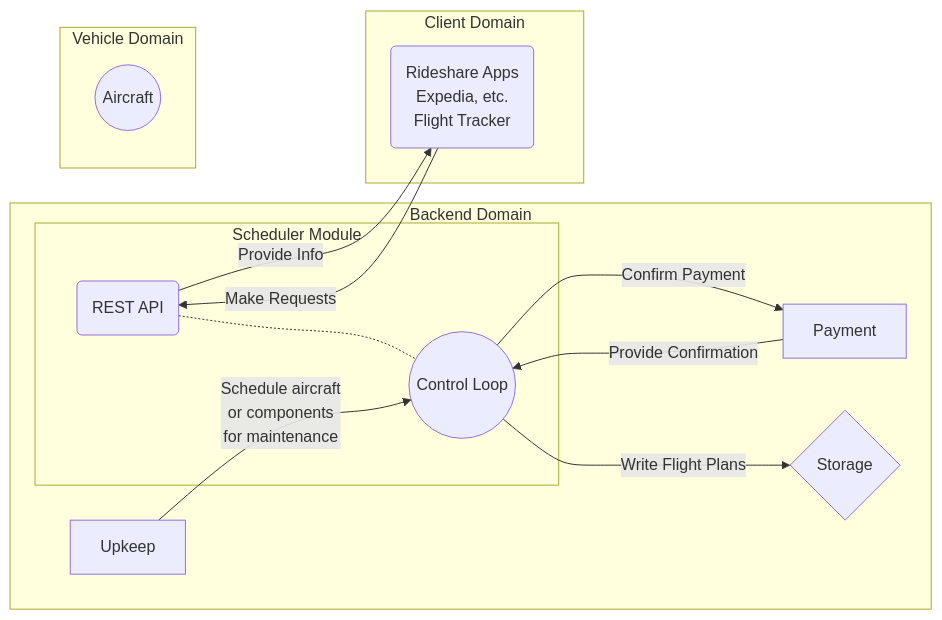
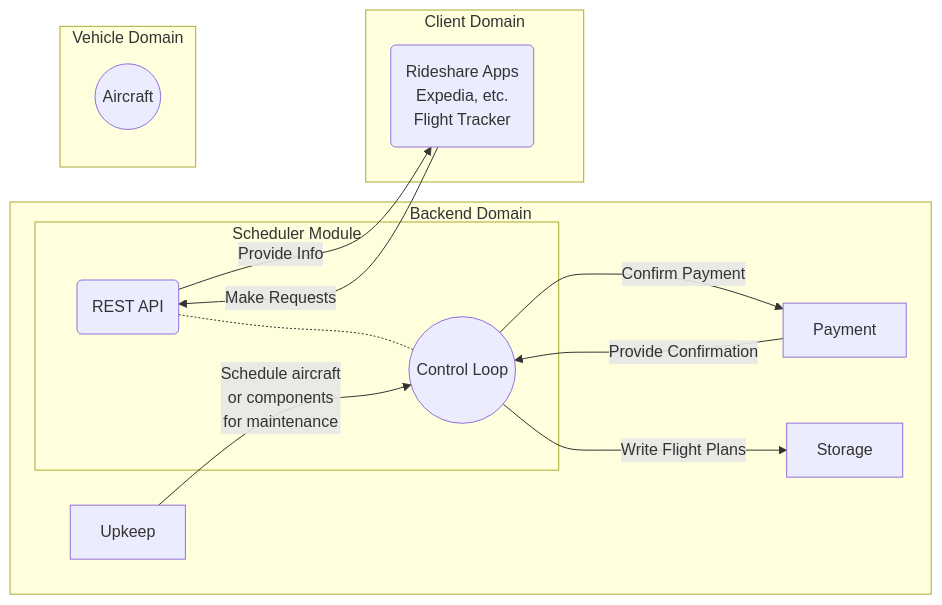
The diagram in scheduler/sdd.md (joseywalescolt45/systems-engineering), drawn with Mermaid before and after one commit. The commit also changed other lines of this file and 2 other files, not shown here.

````diff
--- a/scheduler/sdd.md
+++ b/scheduler/sdd.md
@@ -81,33 +94,33 @@
 ```mermaid
 graph LR
 subgraph Backend Domain
     subgraph Scheduler Module
         sch((Control Loop))
         rest(REST API)
     end
     up[Upkeep]
     pay[Payment]
-    storage{Storage}
+    storage[Storage]
 
     rest -.- sch
 
     up -- Schedule aircraft<br/>or components<br/>for maintenance --> sch
 
     %% storage -- Get Flight Plans --> sch %% Maybe not necessary
     sch -- Write Flight Plans --> storage
 
     sch -- Confirm Payment --> pay
     pay -- Provide Confirmation --> sch
 end
 
 subgraph Client Domain
     ride(Rideshare Apps<br/>Expedia, etc.<br/>Flight Tracker)
 
     ride -- Make Requests --> rest
     rest -- Provide Info --> ride
 end
 
 subgraph Vehicle Domain
     air((Aircraft))
 end
 ```
````
